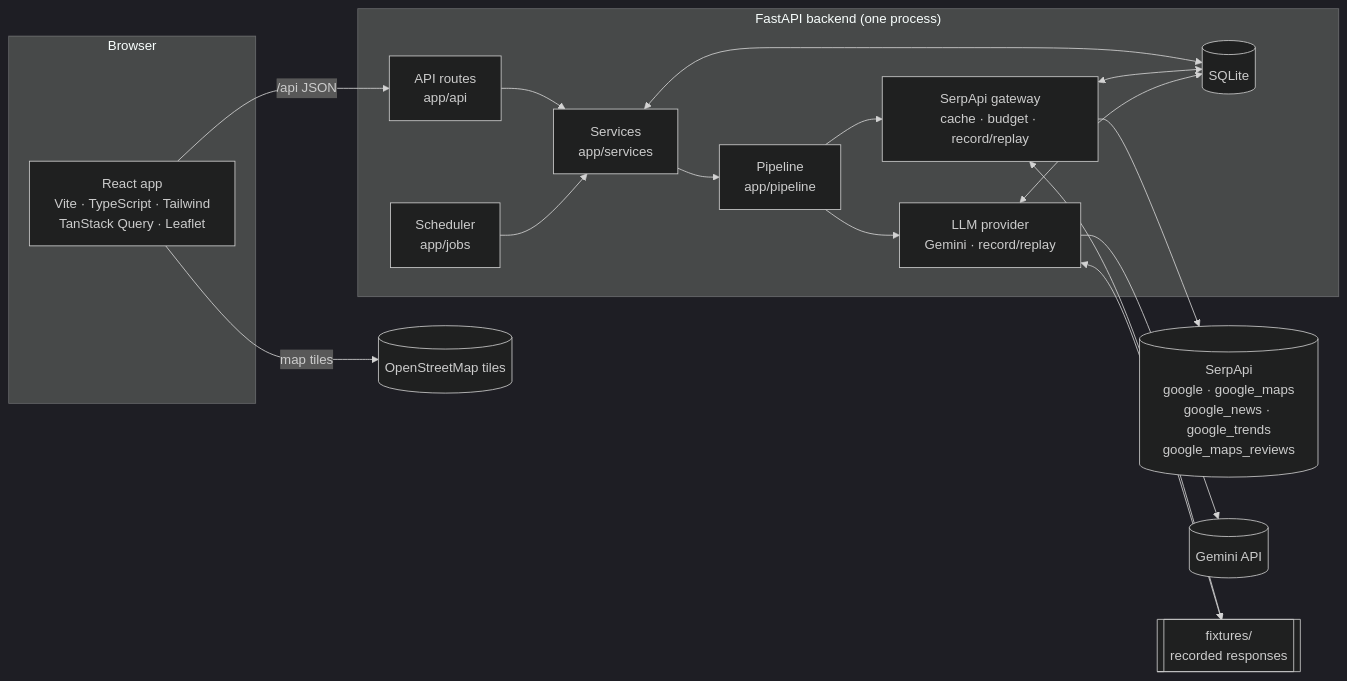
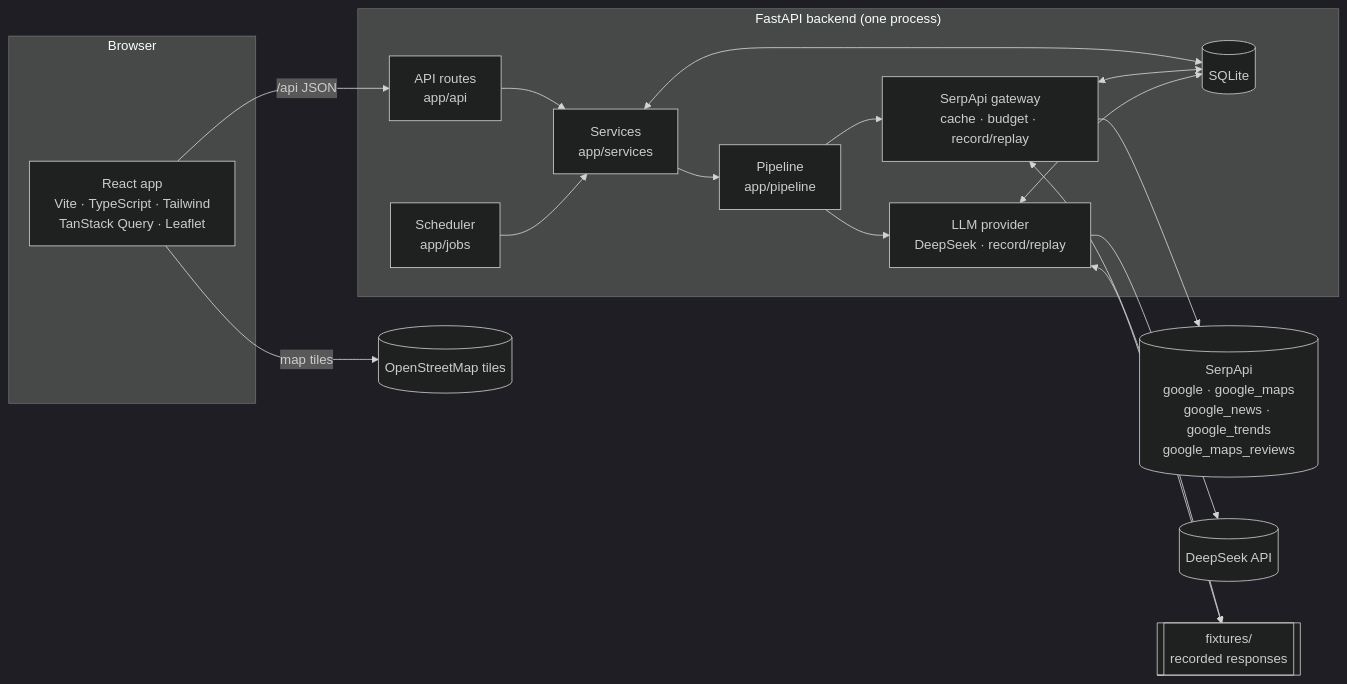
One commit to mrinesh/SerpAPI_Hack changed the first of 2 diagrams in docs/ARCHITECTURE.md. Above: the diagram before and after it, drawn with Mermaid (dark theme). The commit also changed other lines of this file and 26 other files, not shown here.

Commit message:
DeepSeek Support - Added API KEY and setup config

````diff
--- a/docs/ARCHITECTURE.md
+++ b/docs/ARCHITECTURE.md
@@ -8,33 +8,33 @@
 ```mermaid
 flowchart LR
     subgraph Browser
         UI[React app<br/>Vite · TypeScript · Tailwind<br/>TanStack Query · Leaflet]
     end
 
     subgraph Backend["FastAPI backend (one process)"]
         API[API routes<br/>app/api]
         SVC[Services<br/>app/services]
         PIPE[Pipeline<br/>app/pipeline]
         JOBS[Scheduler<br/>app/jobs]
         GW[SerpApi gateway<br/>cache · budget · record/replay]
-        LLM[LLM provider<br/>Gemini · record/replay]
+        LLM[LLM provider<br/>DeepSeek · record/replay]
         DB[(SQLite)]
     end
 
     SERP[(SerpApi<br/>google · google_maps<br/>google_news · google_trends<br/>google_maps_reviews)]
-    GEM[(Gemini API)]
+    GEM[(DeepSeek API)]
     OSM[(OpenStreetMap tiles)]
     FIX[[fixtures/<br/>recorded responses]]
 
     UI -- /api JSON --> API
     UI -- map tiles --> OSM
     API --> SVC --> PIPE
     JOBS --> SVC
     PIPE --> GW --> SERP
     PIPE --> LLM --> GEM
     GW <--> FIX
     LLM <--> FIX
     SVC <--> DB
     GW <--> DB
     LLM <--> DB
 ```
````
